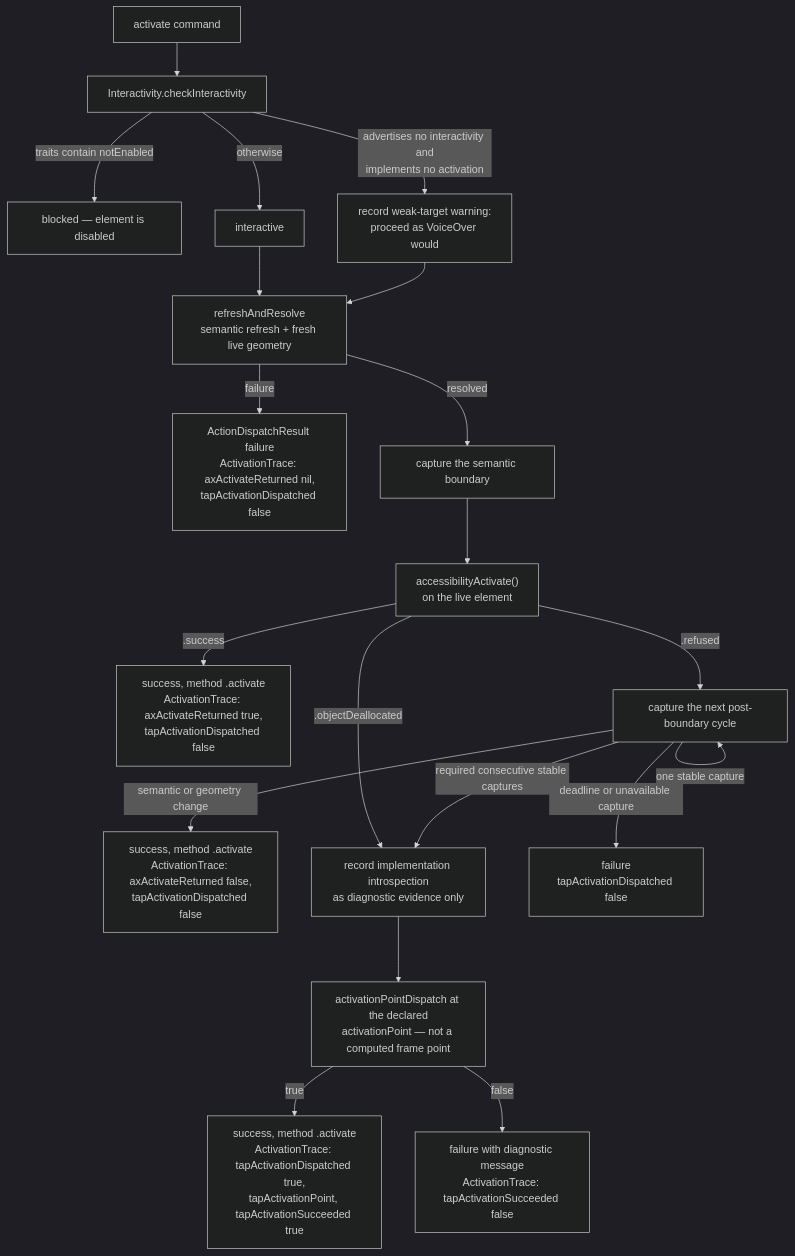
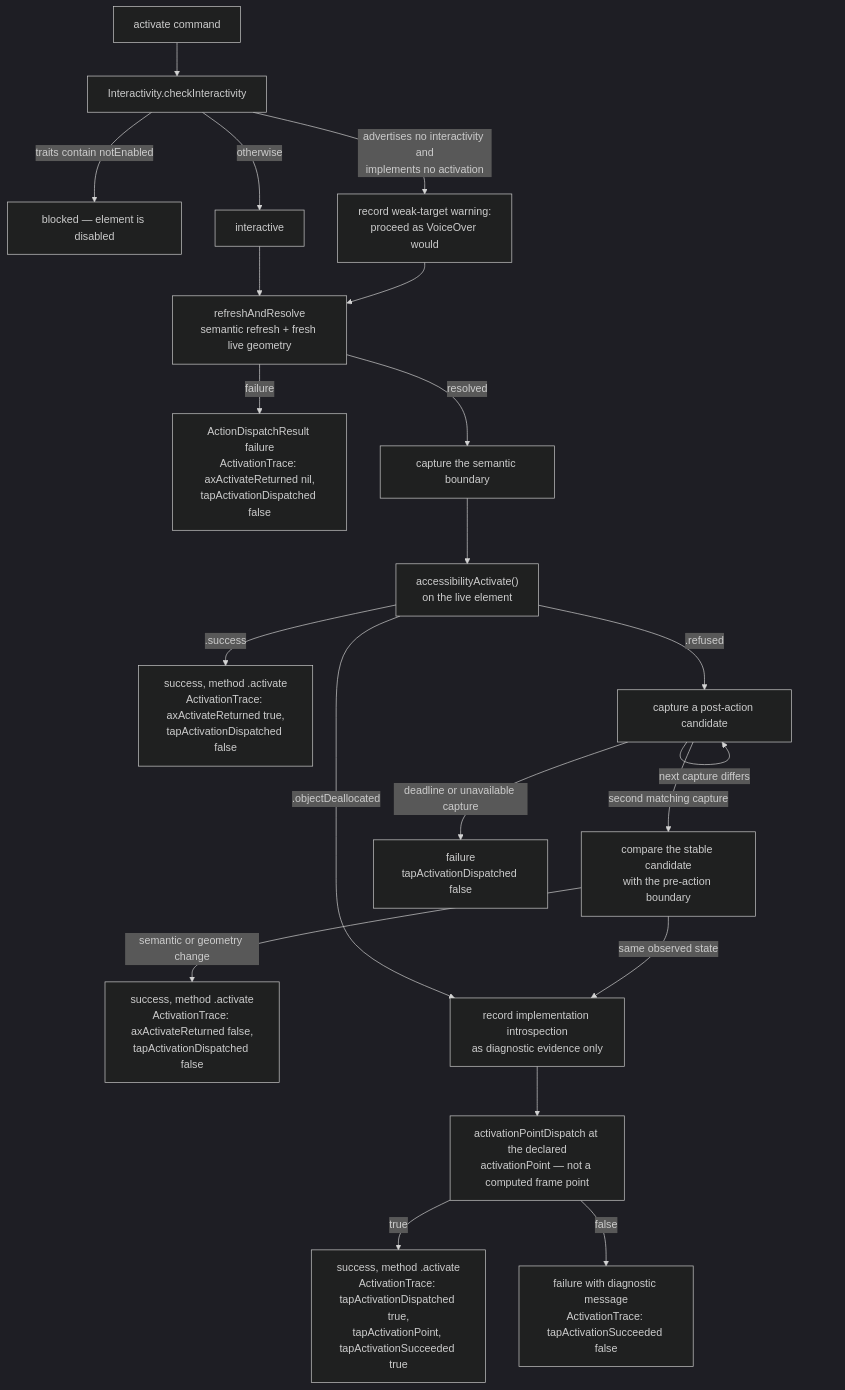
Before and after one commit to RoyalPineapple/TheButtonHeist: the diagram in docs/diagrams/activation-policy.md, drawn with Mermaid (dark theme). The commit also changed other lines of this file and 8 other files, not shown here.

````diff
--- a/docs/diagrams/activation-policy.md
+++ b/docs/diagrams/activation-policy.md
@@ -8,22 +8,23 @@
 ```mermaid
 flowchart TD
     START["activate command"] --> CHECK["Interactivity.checkInteractivity"]
     CHECK -- "traits contain notEnabled" --> BLOCKED["blocked — element is disabled"]
     CHECK -- "advertises no interactivity and<br/>implements no activation" --> WARN["record weak-target warning:<br/>proceed as VoiceOver would"]
     CHECK -- "otherwise" --> PROCEED["interactive"]
     WARN --> REFRESH
     PROCEED --> REFRESH["refreshAndResolve<br/>semantic refresh + fresh live geometry"]
     REFRESH -- "failure" --> FAIL1["ActionDispatchResult failure<br/>ActivationTrace: axActivateReturned nil,<br/>tapActivationDispatched false"]
     REFRESH -- "resolved" --> BOUNDARY["capture the semantic boundary"]
     BOUNDARY --> AXACT["accessibilityActivate()<br/>on the live element"]
     AXACT -- ".success" --> OK1["success, method .activate<br/>ActivationTrace: axActivateReturned true,<br/>tapActivationDispatched false"]
-    AXACT -- ".refused" --> OBSERVE["capture the next post-boundary cycle"]
-    OBSERVE -- "semantic or geometry change" --> OKFALSE["success, method .activate<br/>ActivationTrace: axActivateReturned false,<br/>tapActivationDispatched false"]
-    OBSERVE -- "one stable capture" --> OBSERVE
-    OBSERVE -- "required consecutive stable captures" --> DIAG["record implementation introspection<br/>as diagnostic evidence only"]
+    AXACT -- ".refused" --> OBSERVE["capture a post-action candidate"]
+    OBSERVE -- "next capture differs" --> OBSERVE
+    OBSERVE -- "second matching capture" --> COMPARE["compare the stable candidate<br/>with the pre-action boundary"]
+    COMPARE -- "semantic or geometry change" --> OKFALSE["success, method .activate<br/>ActivationTrace: axActivateReturned false,<br/>tapActivationDispatched false"]
+    COMPARE -- "same observed state" --> DIAG["record implementation introspection<br/>as diagnostic evidence only"]
     OBSERVE -- "deadline or unavailable capture" --> FAILQUIET["failure<br/>tapActivationDispatched false"]
     AXACT -- ".objectDeallocated" --> DIAG
     DIAG --> TAP["activationPointDispatch at the declared<br/>activationPoint — not a computed frame point"]
     TAP -- "true" --> OK2["success, method .activate<br/>ActivationTrace: tapActivationDispatched true,<br/>tapActivationPoint, tapActivationSucceeded true"]
     TAP -- "false" --> FAIL2["failure with diagnostic message<br/>ActivationTrace: tapActivationSucceeded false"]
 ```
````
